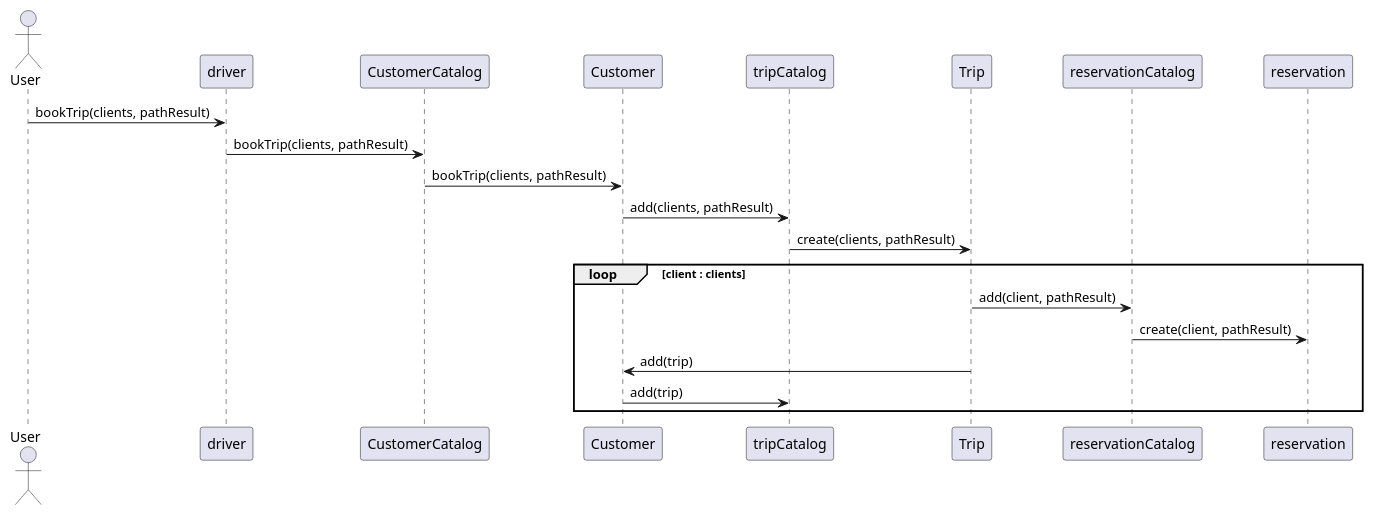
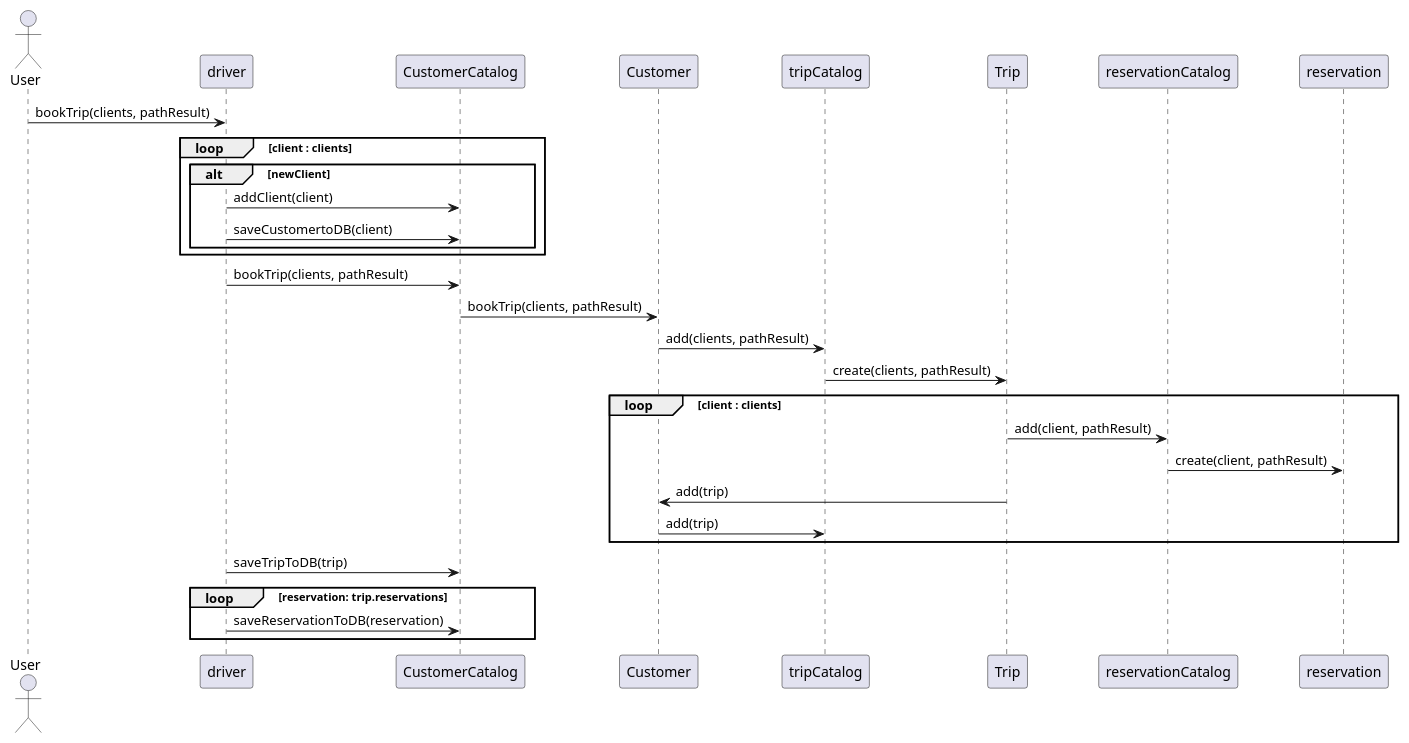
The diagram in Iteration_3/docs/UMLs/bookTripSequence.puml (SamuelVachon/SOEN342), drawn with PlantUML before and after one commit.

```diff
--- a/Iteration_3/docs/UMLs/bookTripSequence.puml
+++ b/Iteration_3/docs/UMLs/bookTripSequence.puml
@@ -1,25 +1,36 @@
 @startuml bookTripSequence
 actor User
 participant driver
 participant CustomerCatalog
 participant Customer
 participant tripCatalog
 participant Trip
 participant reservationCatalog
 participant reservation
 
 
+
 User -> driver : bookTrip(clients, pathResult)
+loop client : clients
+    alt newClient
+        driver -> CustomerCatalog : addClient(client)
+        driver ->CustomerCatalog : saveCustomertoDB(client)
+    end
+end
 driver -> CustomerCatalog : bookTrip(clients, pathResult)
 CustomerCatalog -> Customer : bookTrip(clients, pathResult)
 Customer -> tripCatalog : add(clients, pathResult)
 tripCatalog -> Trip : create(clients, pathResult)
 loop client : clients
     Trip -> reservationCatalog : add(client, pathResult)
     reservationCatalog -> reservation : create(client, pathResult)
     Trip -> Customer : add(trip)
     Customer -> tripCatalog : add(trip)
 end
+driver -> CustomerCatalog : saveTripToDB(trip)
+loop reservation: trip.reservations
+    driver -> CustomerCatalog : saveReservationToDB(reservation)
+end
 
 
 @enduml
```
